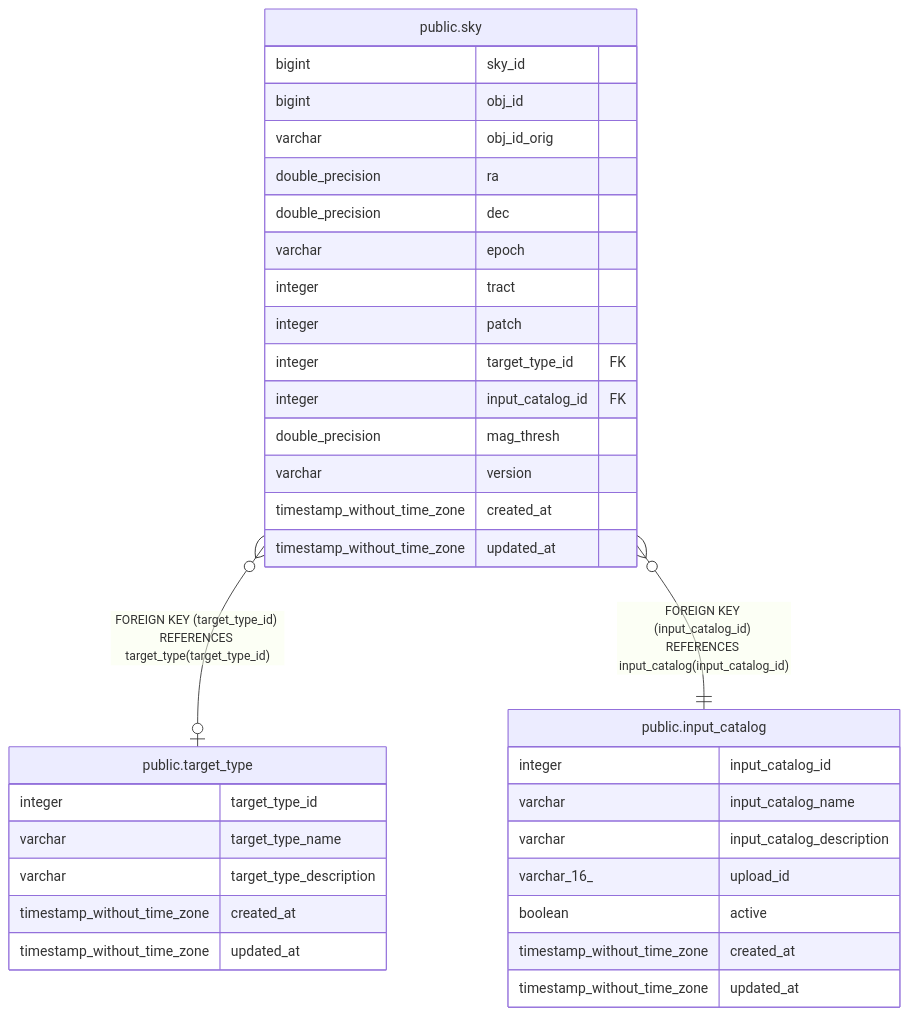
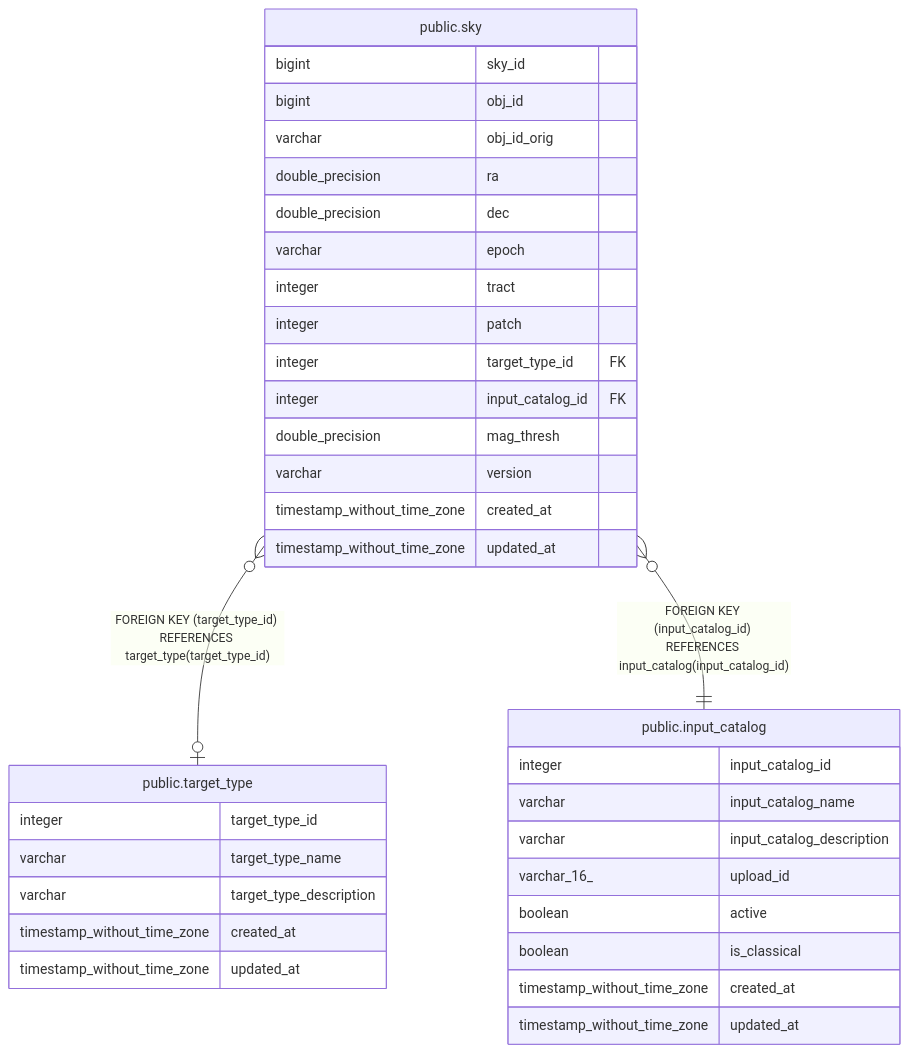
The diagram in docs/tbls/public.sky.md (Subaru-PFS/ets_target_database), drawn with Mermaid before and after one commit. The commit also changed 7 other files, not shown here.

````diff
--- a/docs/tbls/public.sky.md
+++ b/docs/tbls/public.sky.md
@@ -45,39 +45,40 @@
 ```mermaid
 erDiagram
 
 "public.sky" }o--o| "public.target_type" : "FOREIGN KEY (target_type_id) REFERENCES target_type(target_type_id)"
 "public.sky" }o--|| "public.input_catalog" : "FOREIGN KEY (input_catalog_id) REFERENCES input_catalog(input_catalog_id)"
 
 "public.sky" {
   bigint sky_id
   bigint obj_id
   varchar obj_id_orig
   double_precision ra
   double_precision dec
   varchar epoch
   integer tract
   integer patch
   integer target_type_id FK
   integer input_catalog_id FK
   double_precision mag_thresh
   varchar version
   timestamp_without_time_zone created_at
   timestamp_without_time_zone updated_at
 }
 "public.target_type" {
   integer target_type_id
   varchar target_type_name
   varchar target_type_description
   timestamp_without_time_zone created_at
   timestamp_without_time_zone updated_at
 }
 "public.input_catalog" {
   integer input_catalog_id
   varchar input_catalog_name
   varchar input_catalog_description
   varchar_16_ upload_id
   boolean active
+  boolean is_classical
   timestamp_without_time_zone created_at
   timestamp_without_time_zone updated_at
 }
 ```
````
